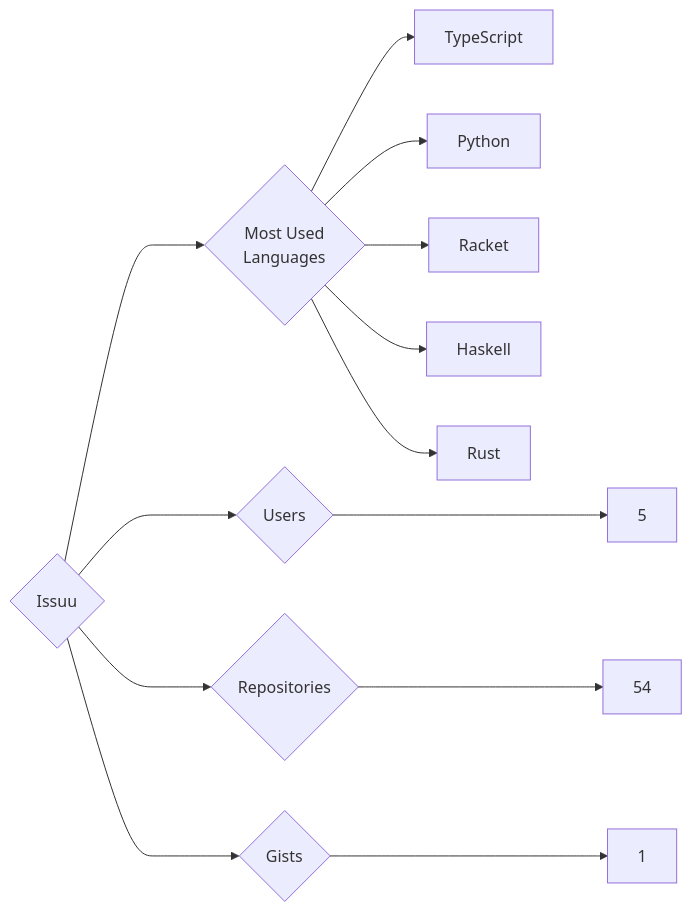
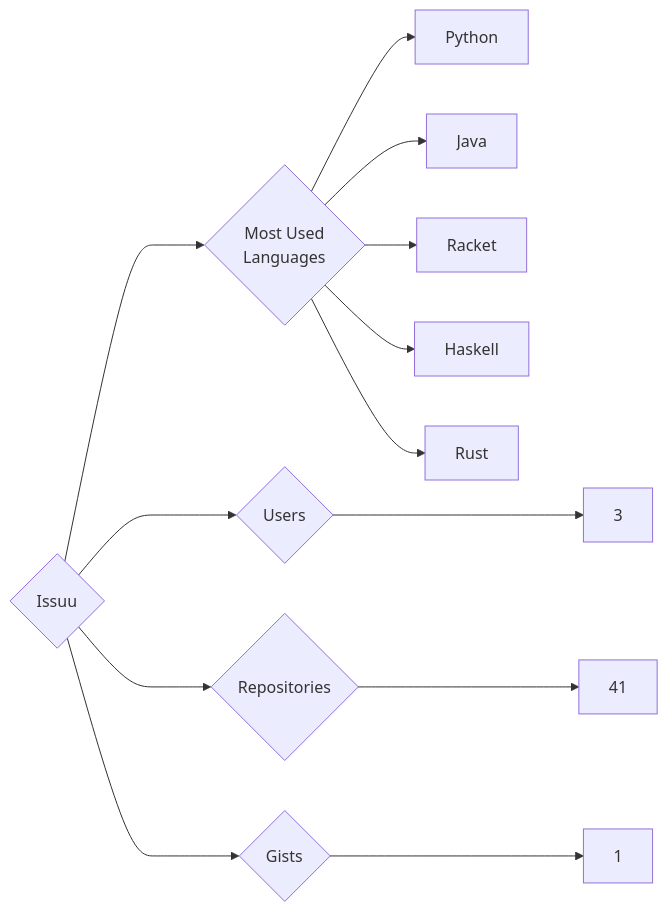
The diagram in targets/Issuu/README.md (trickest/insiders), drawn with Mermaid before and after one commit. The commit also changed 681 other files, not shown here.

````diff
--- a/targets/Issuu/README.md
+++ b/targets/Issuu/README.md
@@ -3,13 +3,13 @@
 ```mermaid
 graph LR
 COMPANY_NAME{Issuu}
-COMPANY_NAME ---> U{Users} ---> UN[5]
-COMPANY_NAME ---> R{Repositories} ---> RN[54]
+COMPANY_NAME ---> U{Users} ---> UN[3]
+COMPANY_NAME ---> R{Repositories} ---> RN[41]
 COMPANY_NAME ---> G{Gists} ---> GN[1]
 COMPANY_NAME ---> ML{Most Used<br>Languages}
-ML --> TypeScript[TypeScript]
 ML --> Python[Python]
+ML --> Java[Java]
 ML --> Racket[Racket]
 ML --> Haskell[Haskell]
 ML --> Rust[Rust]
 ```
````
